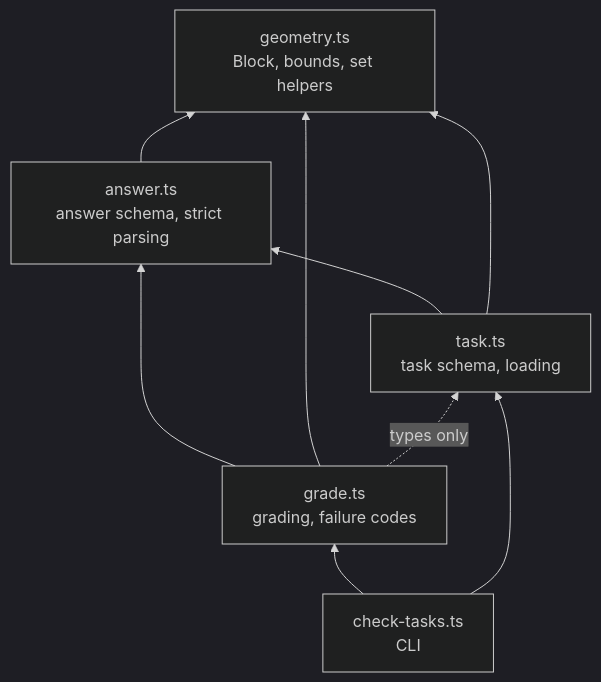
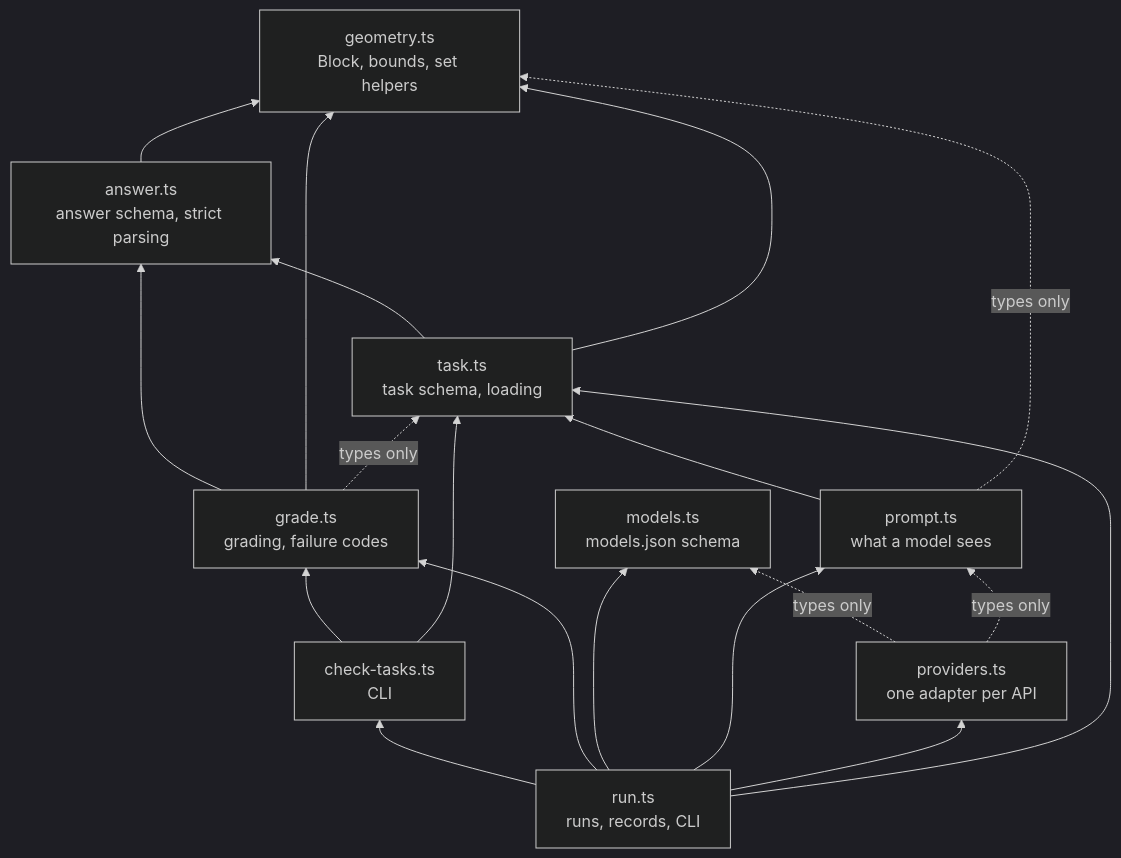
One commit to Ammaar-Alam/project-01-spatial-reasoning changed the fifth of 5 diagrams in docs/architecture.md. Above: the diagram before and after it, drawn with Mermaid (dark theme). The commit also changed other lines of this file and 1 other file, not shown here.

First line of the commit message:
docs(readme): document running models and run architecture

````diff
--- a/docs/architecture.md
+++ b/docs/architecture.md
@@ -137,16 +175,30 @@
 ```mermaid
 flowchart BT
   geometry["geometry.ts<br/>Block, bounds, set helpers"]
   answer["answer.ts<br/>answer schema, strict parsing"]
   task["task.ts<br/>task schema, loading"]
   grade["grade.ts<br/>grading, failure codes"]
   check["check-tasks.ts<br/>CLI"]
+  prompt["prompt.ts<br/>what a model sees"]
+  models["models.ts<br/>models.json schema"]
+  providers["providers.ts<br/>one adapter per API"]
+  run["run.ts<br/>runs, records, CLI"]
   answer --> geometry
   task --> answer
   task --> geometry
   grade --> answer
   grade --> geometry
   grade -. types only .-> task
   check --> grade
   check --> task
+  prompt --> task
+  prompt -. types only .-> geometry
+  providers -. types only .-> models
+  providers -. types only .-> prompt
+  run --> check
+  run --> grade
+  run --> models
+  run --> prompt
+  run --> providers
+  run --> task
 ```
````
